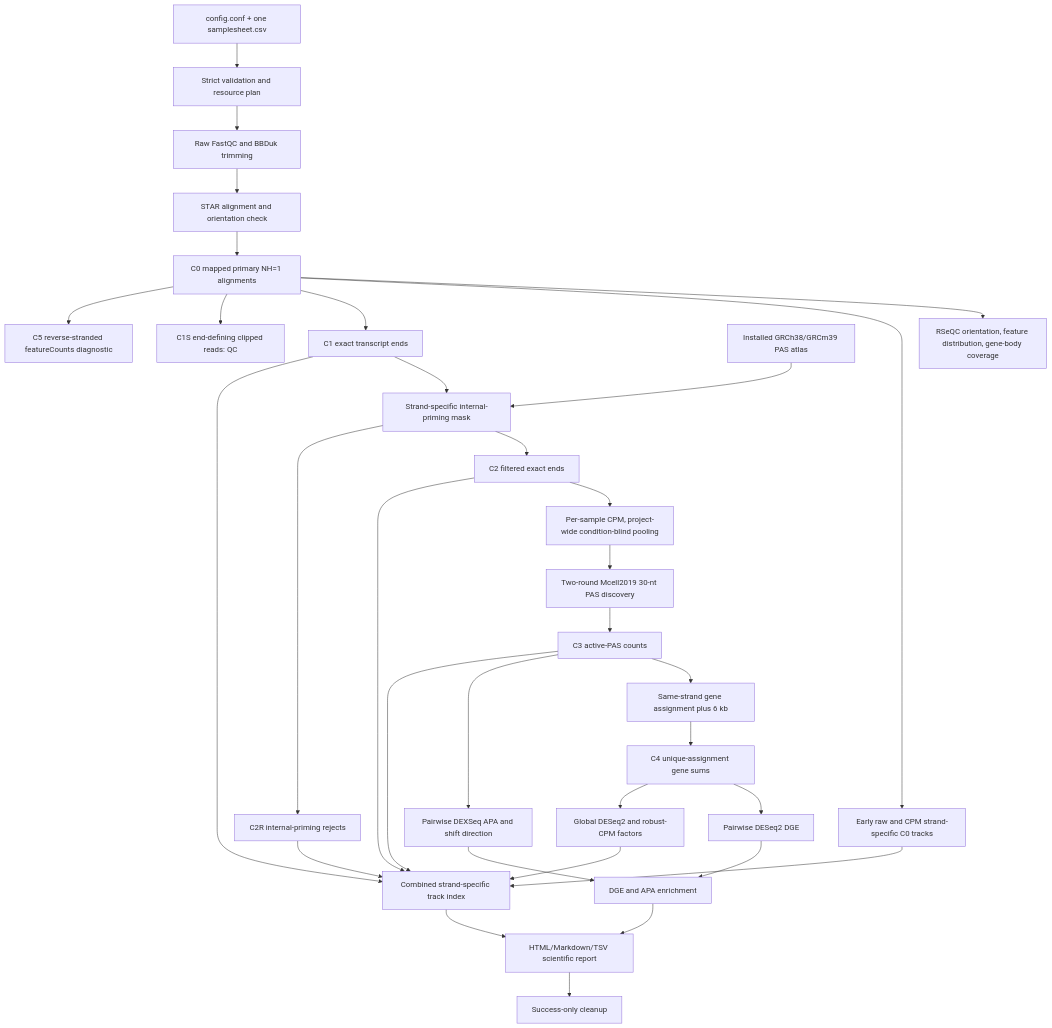
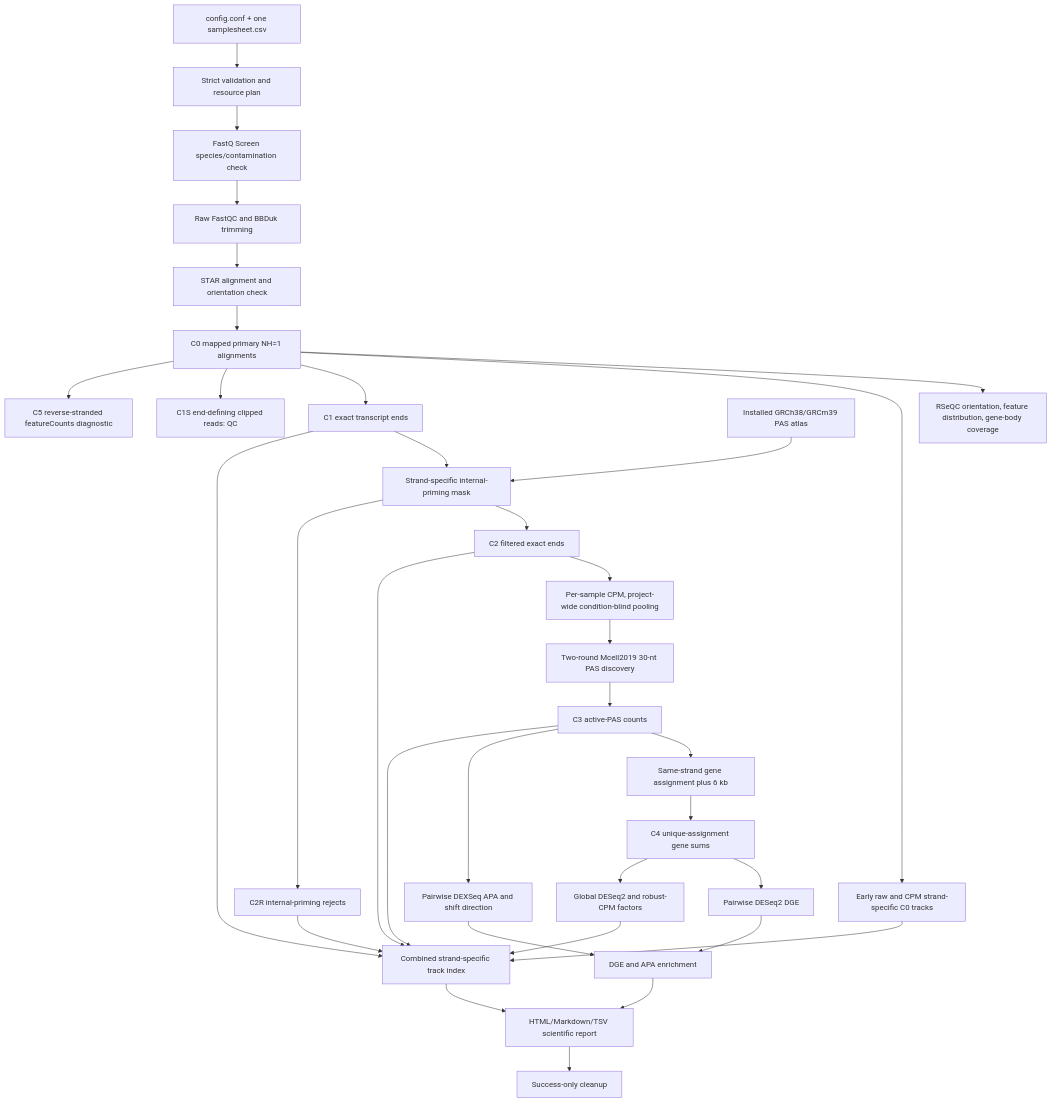
Before and after one commit to MichalGd/rna_ends2tracks: the diagram in README.md, drawn with Mermaid. The commit also changed other lines of this file and 41 other files, not shown here.

````diff
--- a/README.md
+++ b/README.md
@@ -23,35 +23,36 @@
 ```mermaid
 flowchart TD
     SS[config.conf + one samplesheet.csv] --> V[Strict validation and resource plan]
-    V --> QT[Raw FastQC and BBDuk trimming]
+    V --> FQS[FastQ Screen species/contamination check]
+    FQS --> QT[Raw FastQC and BBDuk trimming]
     QT --> STAR[STAR alignment and orientation check]
     STAR --> C0[C0 mapped primary NH=1 alignments]
     C0 --> RSEQC[RSeQC orientation, feature distribution, gene-body coverage]
     C0 --> C0TRACKS[Early raw and CPM strand-specific C0 tracks]
     C0 --> C1[C1 exact transcript ends]
     C0 --> C1S[C1S end-defining clipped reads: QC]
     C1 --> MASK[Strand-specific internal-priming mask]
     ATLAS[Installed GRCh38/GRCm39 PAS atlas] --> MASK
     MASK --> C2[C2 filtered exact ends]
     MASK --> C2R[C2R internal-priming rejects]
     C2 --> POOL[Per-sample CPM, project-wide condition-blind pooling]
     POOL --> PAS[Two-round Mcell2019 30-nt PAS discovery]
     PAS --> C3[C3 active-PAS counts]
     C3 --> ASSIGN[Same-strand gene assignment plus 6 kb]
     ASSIGN --> C4[C4 unique-assignment gene sums]
     C0 --> C5[C5 reverse-stranded featureCounts diagnostic]
     C4 --> DGE[Pairwise DESeq2 DGE]
     C3 --> APA[Pairwise DEXSeq APA and shift direction]
     C4 --> SF[Global DESeq2 and robust-CPM factors]
     C0TRACKS --> TRACKS[Combined strand-specific track index]
     C1 --> TRACKS
     C2 --> TRACKS
     C2R --> TRACKS
     C3 --> TRACKS
     SF --> TRACKS
     DGE --> ENRICH[DGE and APA enrichment]
     APA --> ENRICH
     ENRICH --> REPORT[HTML/Markdown/TSV scientific report]
     TRACKS --> REPORT
     REPORT --> CLEAN[Success-only cleanup]
 ```
````
